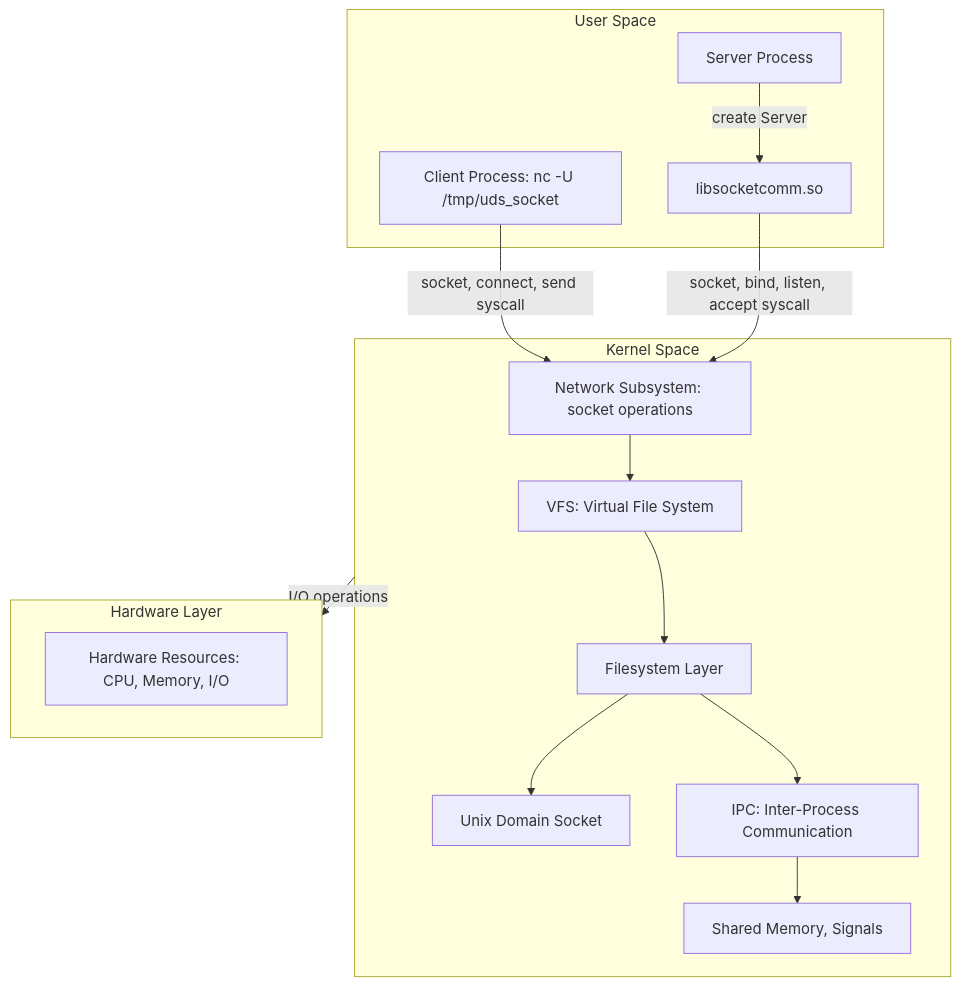
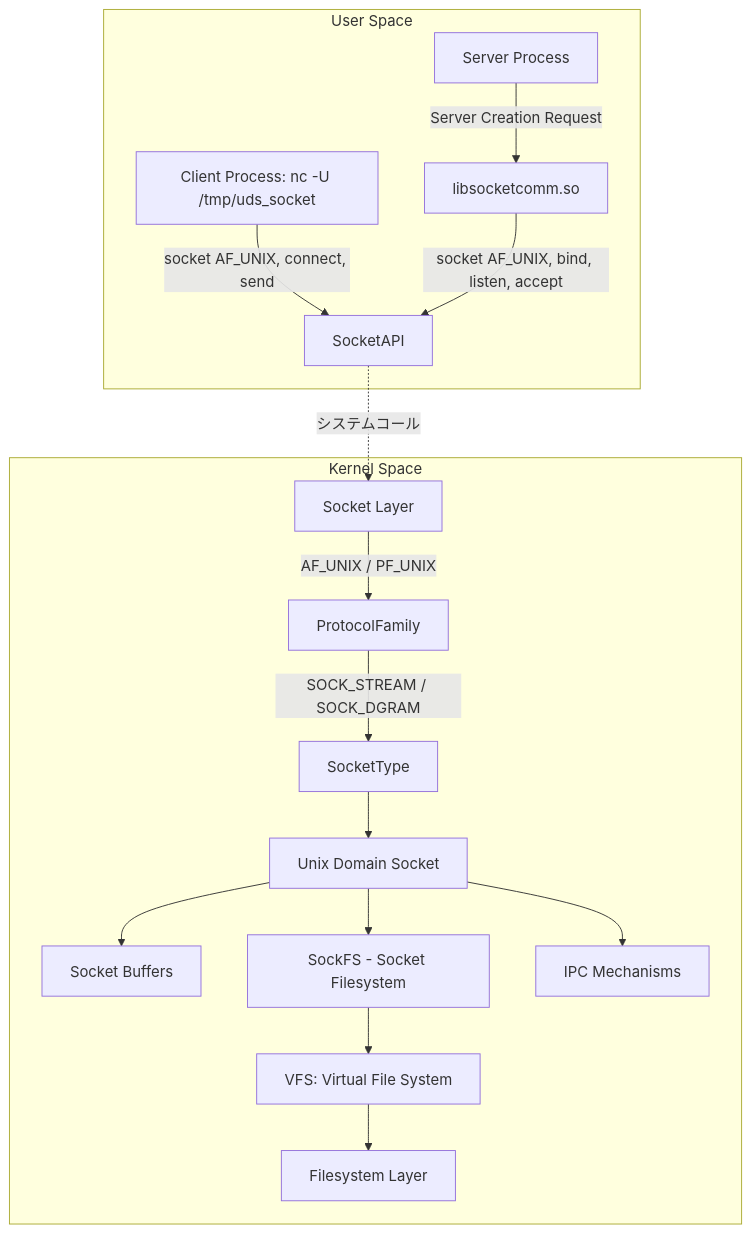
Before and after one commit to ottomossei/socket-communication-lib: the diagram in README.md, drawn with Mermaid.

Commit message:
modify diagram

````diff
--- a/README.md
+++ b/README.md
@@ -51,27 +51,35 @@
 ```mermaid
 graph TD;
-    %% KernelSpace: VFSやネットワークサブシステムが管理されるカーネル領域
-    subgraph KernelSpace [Kernel Space]
-        KernelVFS[VFS: Virtual File System] --> Filesystem[Filesystem Layer];
-        Filesystem --> UDS[Unix Domain Socket];
-        Filesystem --> IPC[IPC: Inter-Process Communication];
-        IPC --> KernelMemory[Shared Memory, Signals];
+    %% UserSpace: クライアントとサーバーが動作する領域
+    subgraph UserSpace [User Space]
+        ClientProcess[Client Process: nc -U /tmp/uds_socket]
+        ServerProcess[Server Process]
+        libsocketcomm.so[libsocketcomm.so]
 
-        KernelNetwork[Network Subsystem: socket operations] --> KernelVFS;
+        ClientProcess -->|socket AF_UNIX, connect, send| SocketAPI
+        ServerProcess -->|Server Creation Request| libsocketcomm.so
+        libsocketcomm.so -->|socket AF_UNIX, bind, listen, accept| SocketAPI
     end
 
-    %% UserSpace: クライアントとサーバーが動作する領域
-    subgraph UserSpace [User Space]
-        ClientProcess[Client Process: nc -U /tmp/uds_socket] -->|socket, connect, send syscall| KernelNetwork;
-        ServerProcess[Server Process] -->|create Server| libsocketcomm.so;
-        libsocketcomm.so[libsocketcomm.so] -->|socket, bind, listen, accept syscall| KernelNetwork;
+    %% カーネル空間へのシステムコールインターフェース
+    SocketAPI -.システムコール.-> SocketLayer
+
+    %% KernelSpace: カーネル領域でのUDS関連コンポーネント
+    subgraph KernelSpace [Kernel Space]
+        SocketLayer[Socket Layer]
+
+        %% アドレスファミリーとプロトコルファミリー
+        SocketLayer -->|AF_UNIX / PF_UNIX| ProtocolFamily
+
+        %% ソケットタイプ
+        ProtocolFamily -->|SOCK_STREAM / SOCK_DGRAM| SocketType
+
+        %% Unixドメインソケット
+        SocketType --> UDS[Unix Domain Socket]
+        UDS --> SocketBuffers[Socket Buffers]
+        UDS --> SockFS[SockFS - Socket Filesystem]
+        SockFS --> VFS[VFS: Virtual File System]
+        VFS --> Filesystem[Filesystem Layer]
+        UDS --> IPCMechanisms[IPC Mechanisms]
     end
-
-    %% HardwareLayer: ハードウェア層
-    subgraph HardwareLayer [Hardware Layer]
-        Hardware[Hardware Resources: CPU, Memory, I/O]
-    end
-
-    %% フローの矢印 (システムコールやデータフロー)
-    KernelSpace -->|I/O operations| HardwareLayer;
 ```
````
